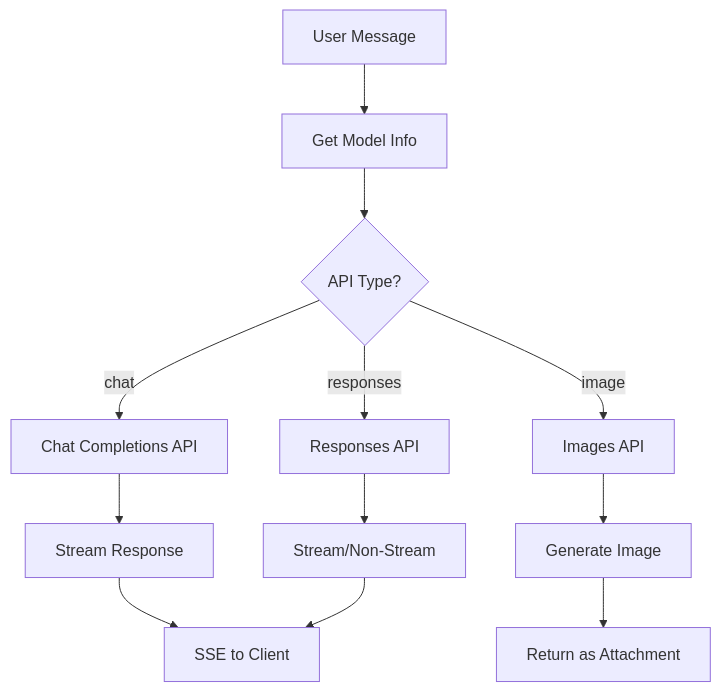
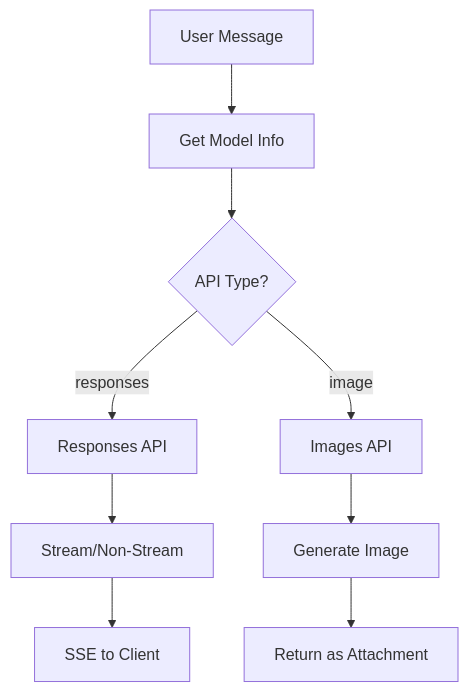
One commit to A4R5H1L/ai-platform-case-study changed the first of 4 diagrams in diagrams/dual-api-flow.md. Above: the diagram before and after it, drawn with Mermaid. The commit also changed other lines of this file and 14 other files, not shown here.

Commit message:
Update docs to reflect pilot production state and latest RoboAI architecture

````diff
--- a/diagrams/dual-api-flow.md
+++ b/diagrams/dual-api-flow.md
@@ -9,17 +9,14 @@
 ```mermaid
 graph TD
     Request[User Message] --> GetModel[Get Model Info]
     GetModel --> CheckAPI{API Type?}
     
-    CheckAPI -->|chat| ChatPath[Chat Completions API]
     CheckAPI -->|responses| RespPath[Responses API]
     CheckAPI -->|image| ImgPath[Images API]
     
-    ChatPath --> ChatStream[Stream Response]
     RespPath --> RespStream[Stream/Non-Stream]
     ImgPath --> ImgGen[Generate Image]
     
-    ChatStream --> SSE[SSE to Client]
-    RespStream --> SSE
+    RespStream --> SSE[SSE to Client]
     ImgGen --> Attachment[Return as Attachment]
 ```
````
